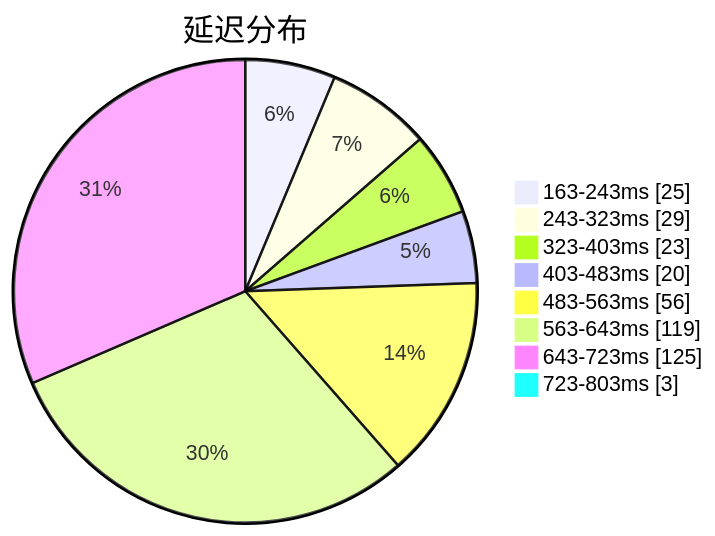
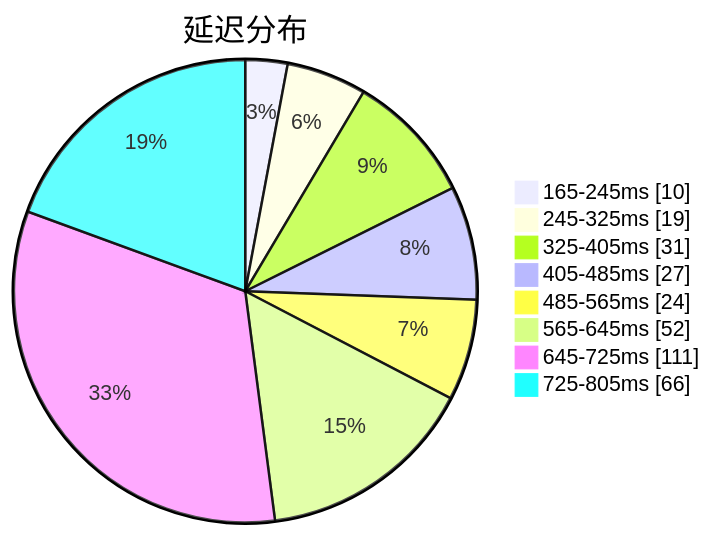
Before and after one commit to qjlxg/airport: the first of 3 diagrams in subs/statistics/tested_within.md, drawn with Mermaid. The commit also changed other lines of this file and 2 other files, not shown here.

Commit message:
Tested by metaST

````diff
--- a/subs/statistics/tested_within.md
+++ b/subs/statistics/tested_within.md
@@ -2,12 +2,12 @@
 ```mermaid
 pie showData
 title 延迟分布
-"163-243ms" : 25
-"243-323ms" : 29
-"323-403ms" : 23
-"403-483ms" : 20
-"483-563ms" : 56
-"563-643ms" : 119
-"643-723ms" : 125
-"723-803ms" : 3
+"165-245ms" : 10
+"245-325ms" : 19
+"325-405ms" : 31
+"405-485ms" : 27
+"485-565ms" : 24
+"565-645ms" : 52
+"645-725ms" : 111
+"725-805ms" : 66
 ```
````
